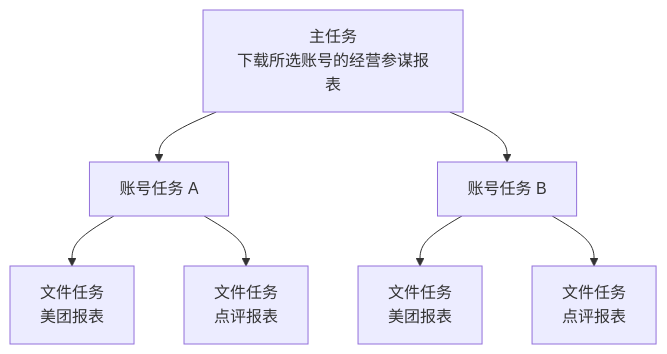
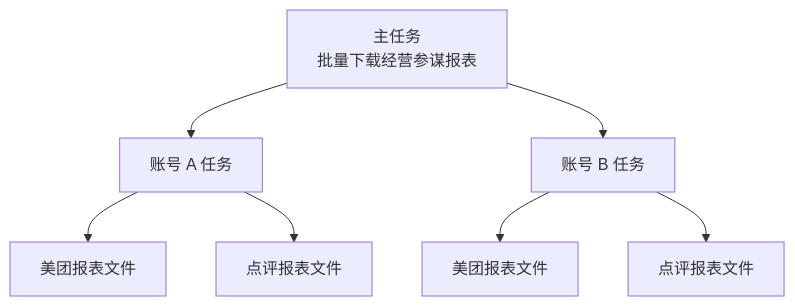
One commit to yyxTheOracle/MyBlog changed the tenth of 13 diagrams in source/_posts/2025-09-14-electron-tiangong.md. Above: the diagram before and after it, drawn with Mermaid. The commit also changed other lines of this file, not shown here.

````diff
--- a/source/_posts/2025-09-14-electron-tiangong.md
+++ b/source/_posts/2025-09-14-electron-tiangong.md
@@ -476,10 +379,10 @@
 ```mermaid
 flowchart TB
-    M["主任务<br/>下载所选账号的经营参谋报表"]
-    M --> A["账号任务 A"]
-    M --> B["账号任务 B"]
-    A --> A1["文件任务<br/>美团报表"]
-    A --> A2["文件任务<br/>点评报表"]
-    B --> B1["文件任务<br/>美团报表"]
-    B --> B2["文件任务<br/>点评报表"]
+    M["主任务<br/>批量下载经营参谋报表"]
+    M --> A["账号 A 任务"]
+    M --> B["账号 B 任务"]
+    A --> A1["美团报表文件"]
+    A --> A2["点评报表文件"]
+    B --> B1["美团报表文件"]
+    B --> B2["点评报表文件"]
 ```
````
